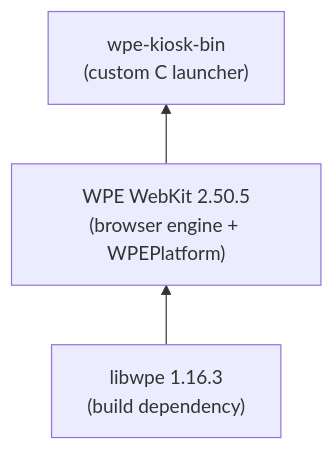
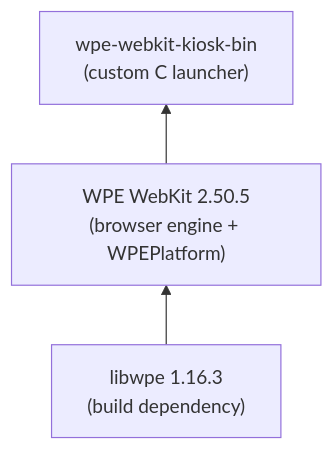
Before and after one commit to tomasz-mizak/wpe-webkit-kiosk: the second of 2 diagrams in README.md, drawn with Mermaid. The commit also changed other lines of this file and 5 other files, not shown here.

First line of the commit message:
refactor: rename package from wpe-kiosk to wpe-webkit-kiosk

````diff
--- a/README.md
+++ b/README.md
@@ -83,8 +83,8 @@
 ```mermaid
 flowchart BT
     libwpe["libwpe 1.16.3\n(build dependency)"]
     webkit["WPE WebKit 2.50.5\n(browser engine + WPEPlatform)"]
-    launcher["wpe-kiosk-bin\n(custom C launcher)"]
+    launcher["wpe-webkit-kiosk-bin\n(custom C launcher)"]
 
     libwpe --> webkit --> launcher
 ```
````
